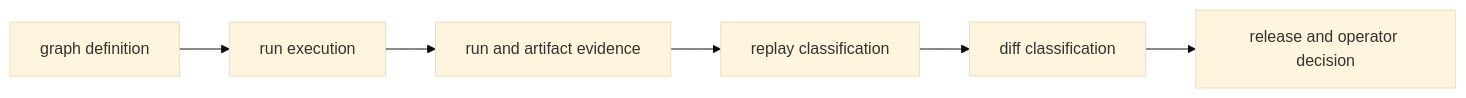
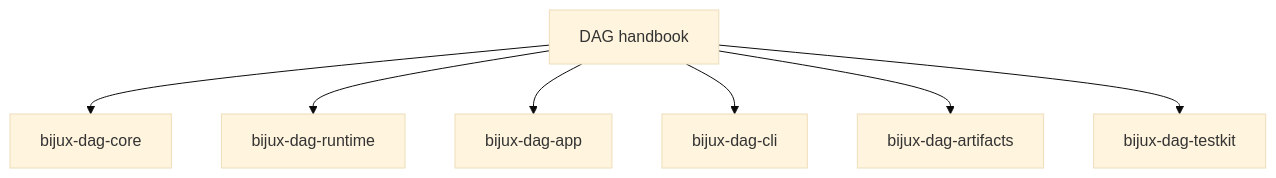
Before and after one commit to bijux/bijux-cli: the diagram in docs/bijux-dag/index.md, drawn with Mermaid (base theme). The commit also changed other lines of this file and 4 other files, not shown here.

````diff
--- a/docs/bijux-dag/index.md
+++ b/docs/bijux-dag/index.md
@@ -24,8 +30,10 @@
 ```mermaid
-flowchart LR
-    graph_def["graph definition"] --> run["run execution"]
-    run --> evidence["run and artifact evidence"]
-    evidence --> replay["replay classification"]
-    replay --> diff["diff classification"]
-    diff --> decision["release and operator decision"]
+flowchart TB
+    handbook["DAG handbook"]
+    handbook --> core["bijux-dag-core"]
+    handbook --> runtime["bijux-dag-runtime"]
+    handbook --> app["bijux-dag-app"]
+    handbook --> cli["bijux-dag-cli"]
+    handbook --> artifacts["bijux-dag-artifacts"]
+    handbook --> testkit["bijux-dag-testkit"]
 ```
````
